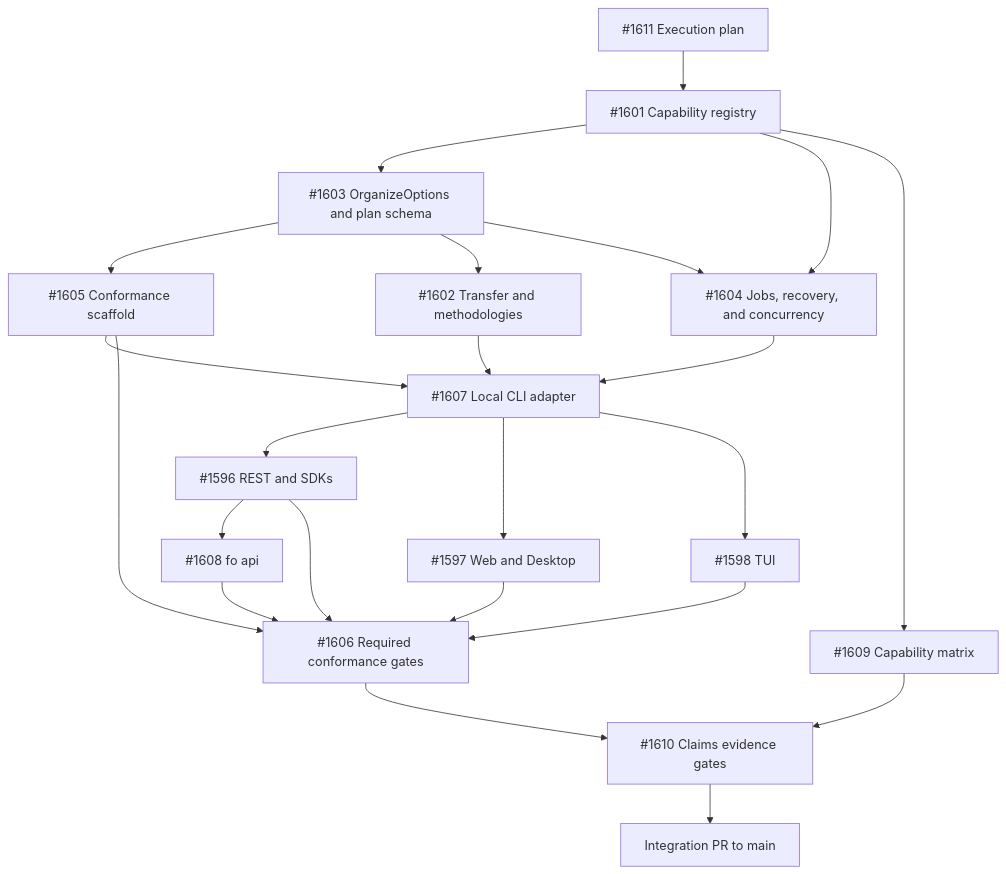
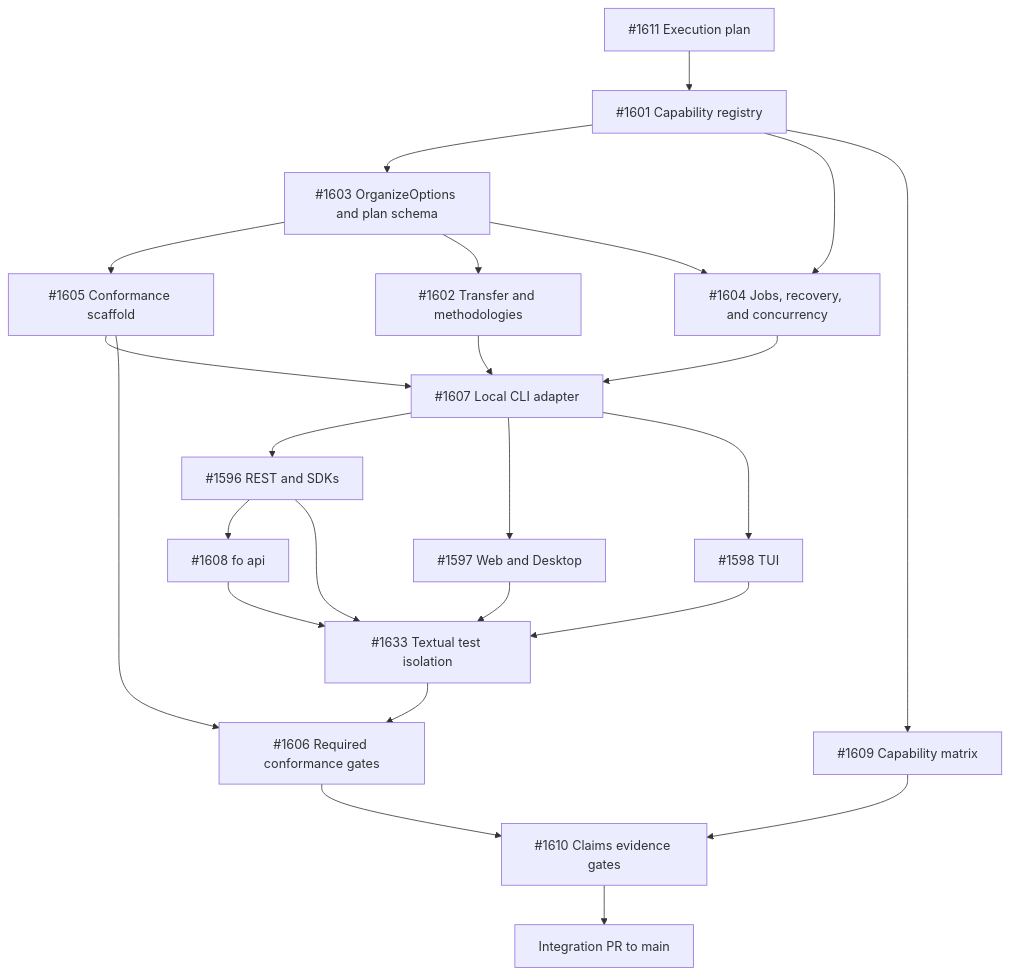
Before and after one commit to curdriceaurora/Local-File-Organizer: the diagram in docs/architecture/cross-surface-parity-execution.md, drawn with Mermaid. The commit also changed other lines of this file, not shown here.

First line of the commit message:
docs(parity): gate enforcement on test isolation (#1634)

````diff
--- a/docs/architecture/cross-surface-parity-execution.md
+++ b/docs/architecture/cross-surface-parity-execution.md
@@ -102,25 +104,26 @@
 ```mermaid
 flowchart TD
     P["#1611 Execution plan"] --> A["#1601 Capability registry"]
     A --> B["#1603 OrganizeOptions and plan schema"]
     B --> C["#1605 Conformance scaffold"]
     B --> D["#1602 Transfer and methodologies"]
     A --> E["#1604 Jobs, recovery, and concurrency"]
     B --> E
     C --> F["#1607 Local CLI adapter"]
     D --> F
     E --> F
     F --> G["#1596 REST and SDKs"]
     F --> H["#1597 Web and Desktop"]
     F --> I["#1598 TUI"]
     G --> J["#1608 fo api"]
-    G --> K["#1606 Required conformance gates"]
-    H --> K
-    I --> K
-    J --> K
+    G --> O["#1633 Textual test isolation"]
+    H --> O
+    I --> O
+    J --> O
+    O --> K["#1606 Required conformance gates"]
     A --> L["#1609 Capability matrix"]
     C --> K
     K --> M["#1610 Claims evidence gates"]
     L --> M
     M --> N["Integration PR to main"]
 ```
````
